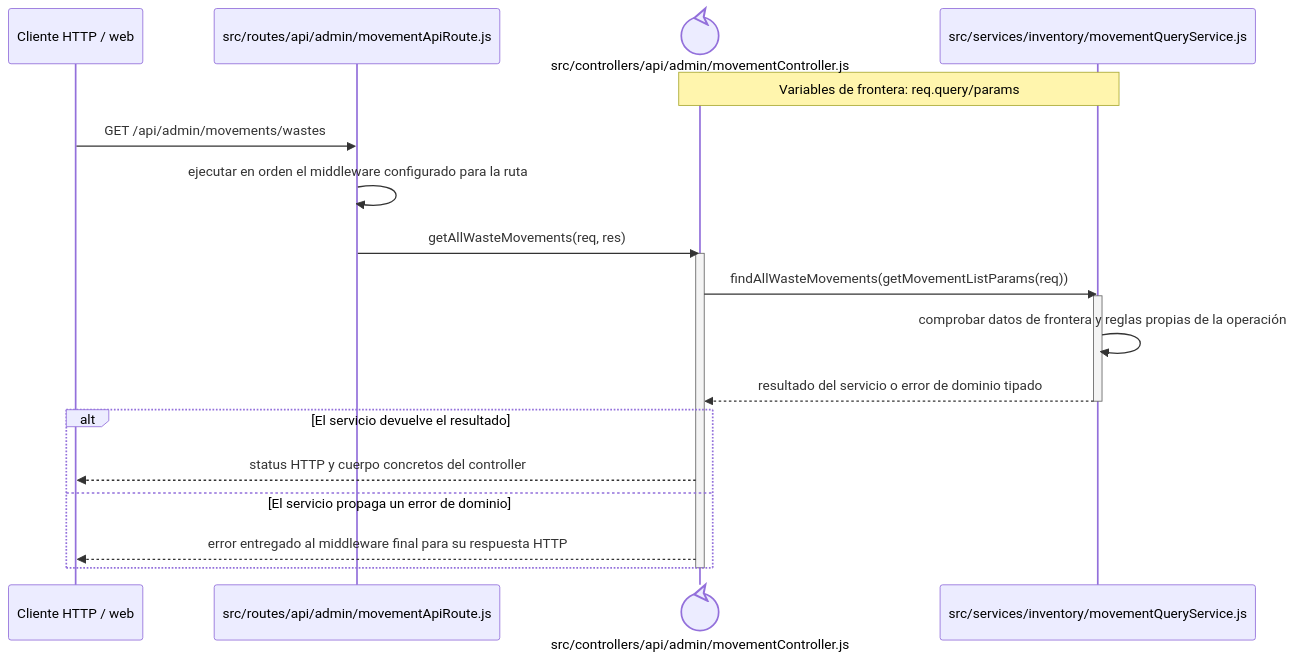
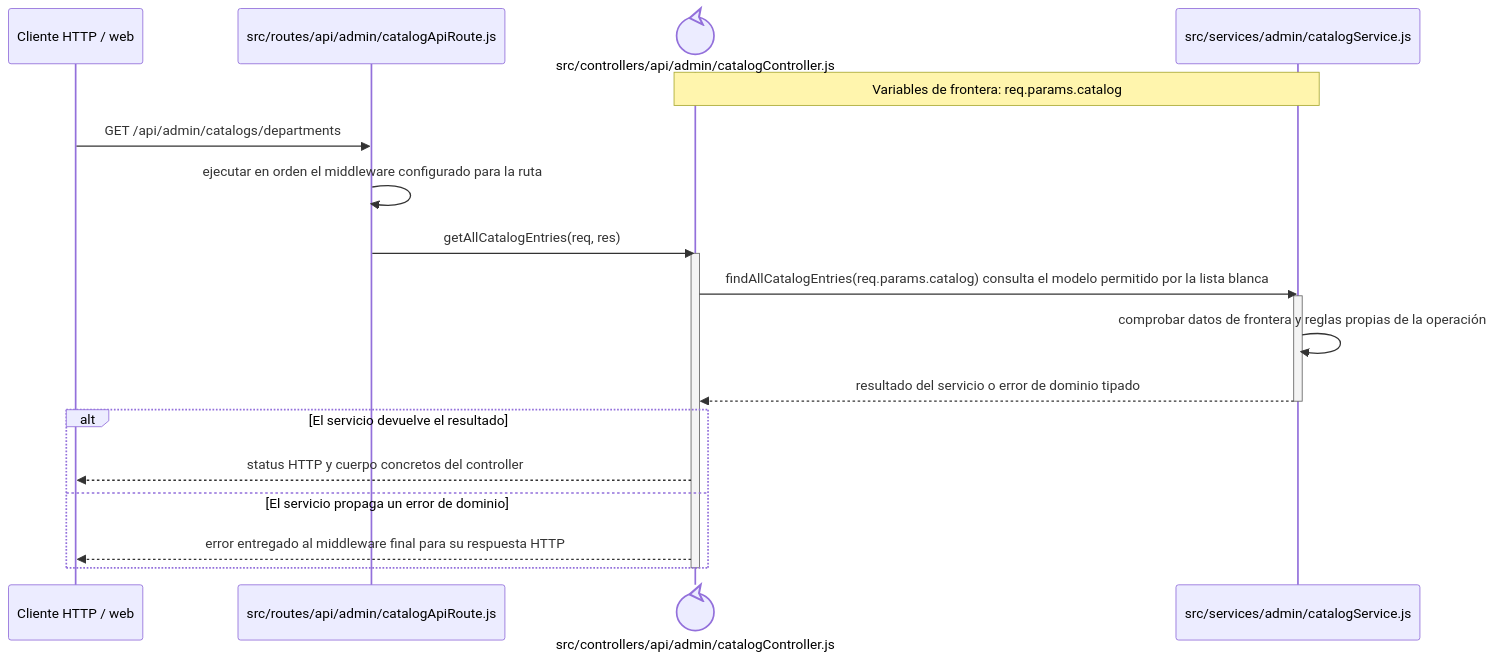
The diagram in docs/architecture/backend-code-sequences/catalogs/cu-cat-25.md (gpgsistemas01/nexus), drawn with Mermaid before and after one commit. The commit also changed other lines of this file and 207 other files, not shown here.

````diff
--- a/docs/architecture/backend-code-sequences/catalogs/cu-cat-25.md
+++ b/docs/architecture/backend-code-sequences/catalogs/cu-cat-25.md
@@ -6,24 +6,24 @@
 ```mermaid
 sequenceDiagram
     participant Client as Cliente HTTP / web
-    participant Route as src/routes/api/admin/movementApiRoute.js
-    participant Controller@{ "type": "control" } as src/controllers/api/admin/movementController.js
-    participant Domain as src/services/inventory/movementQueryService.js
-    Note over Controller,Domain: Variables de frontera: req.query/params
+    participant Route as src/routes/api/admin/catalogApiRoute.js
+    participant Controller@{ "type": "control" } as src/controllers/api/admin/catalogController.js
+    participant Domain as src/services/admin/catalogService.js
+    Note over Controller,Domain: Variables de frontera: req.params.catalog
 
-    Client->>Route: GET /api/admin/movements/wastes
+    Client->>Route: GET /api/admin/catalogs/departments
     Route->>Route: ejecutar en orden el middleware configurado para la ruta
-    Route->>Controller: getAllWasteMovements(req, res)
+    Route->>Controller: getAllCatalogEntries(req, res)
     activate Controller
-    Controller->>Domain: findAllWasteMovements(getMovementListParams(req))
+    Controller->>Domain: findAllCatalogEntries(req.params.catalog) consulta el modelo permitido por la lista blanca
     activate Domain
     Domain->>Domain: comprobar datos de frontera y reglas propias de la operación
     Domain-->>Controller: resultado del servicio o error de dominio tipado
     deactivate Domain
     alt El servicio devuelve el resultado
         Controller-->>Client: status HTTP y cuerpo concretos del controller
     else El servicio propaga un error de dominio
         Controller-->>Client: error entregado al middleware final para su respuesta HTTP
     end
     deactivate Controller
 ```
````
